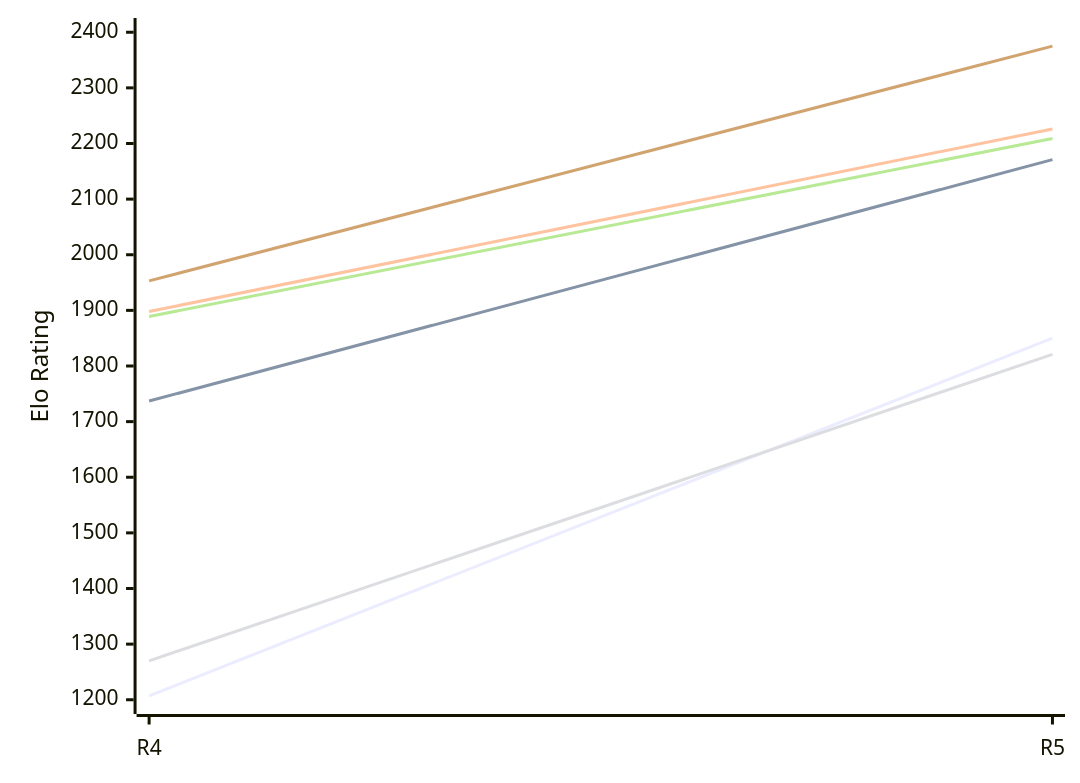
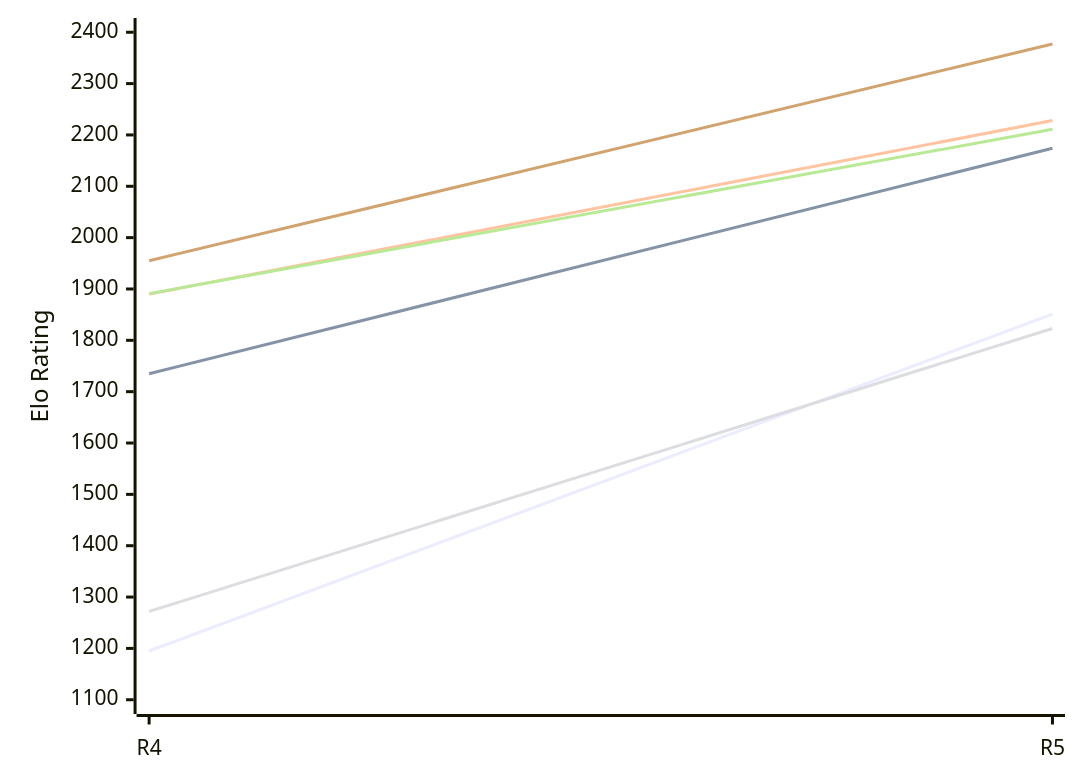
One commit to computer-chess-index/cci changed the first of 2 diagrams in engines/Viking.md. Above: the diagram before and after it, drawn with Mermaid. The commit also changed other lines of this file, not shown here.

Commit message:
Update CCI Ratings (ELO VLTC) - 2026-11-24

````diff
--- a/engines/Viking.md
+++ b/engines/Viking.md
@@ -50,12 +50,12 @@
 ```mermaid
 %%{init: {"theme":"base","themeVariables":{"seriesColors:['#a3a3a3','#222221','#faa371']}}}%%
 xychart-beta
   x-axis ["R4", "R5"]
-  y-axis "Elo Rating" 1200 --> 2400
-  line "E1: STC (8.0+0.08s)" [1207, 1850]
-  line "E1: LTC (60.0+0.60s)" [1737, 2171]
-  line "E1: VLTC (2m24s+1.12s)" [1898, 2226]
-  line "P1: STC (8.0+0.08s)" [1270, 1821]
-  line "P1: LTC (60.0+0.60s)" [1889, 2209]
-  line "P1: VLTC (2m24s+1.12s)" [1953, 2375]
+  y-axis "Elo Rating" 1100 --> 2400
+  line "E1: STC (8.0+0.08s)" [1195, 1851]
+  line "E1: LTC (60.0+0.60s)" [1735, 2174]
+  line "E1: VLTC (2m24s+1.12s)" [1890, 2228]
+  line "P1: STC (8.0+0.08s)" [1272, 1823]
+  line "P1: LTC (60.0+0.60s)" [1891, 2211]
+  line "P1: VLTC (2m24s+1.12s)" [1955, 2377]
 ```
````
